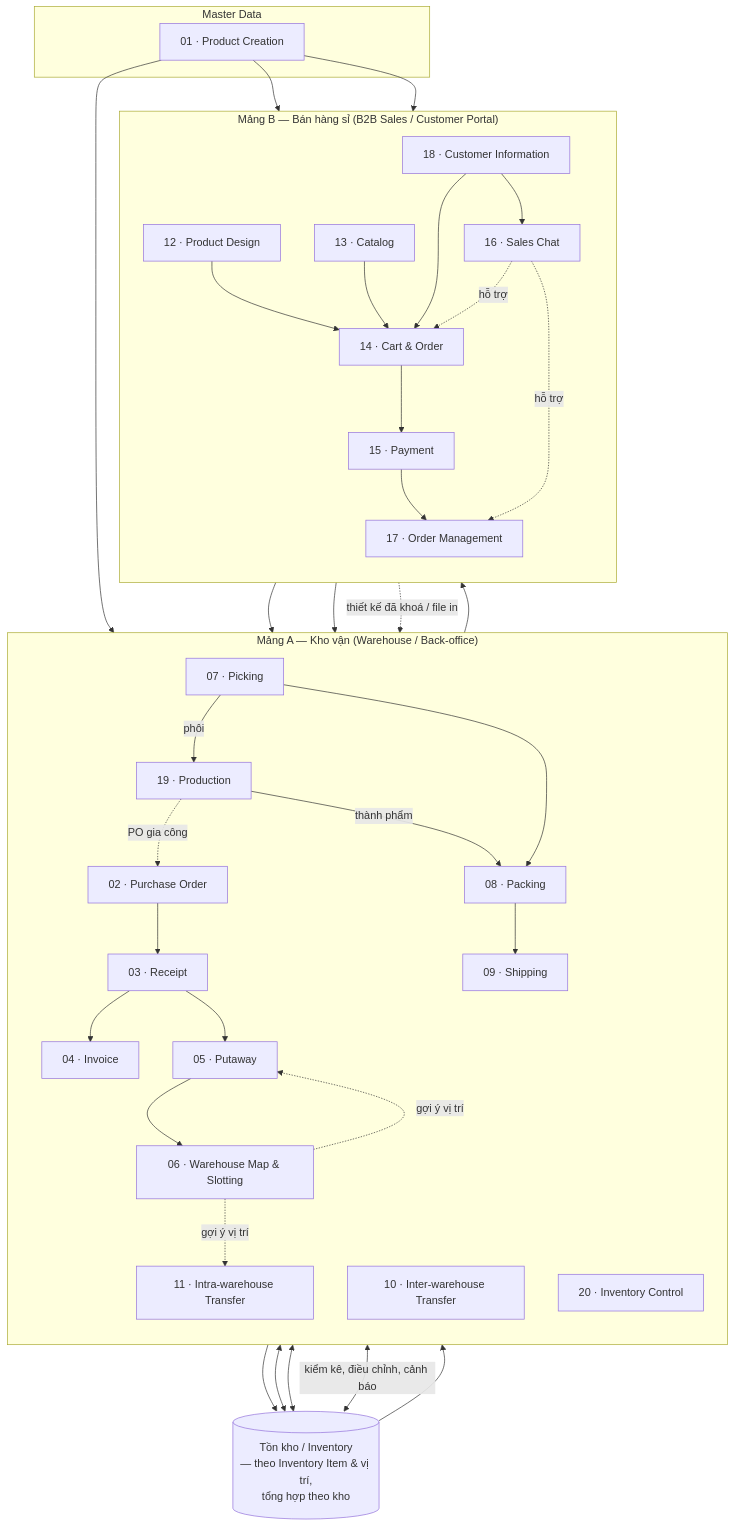
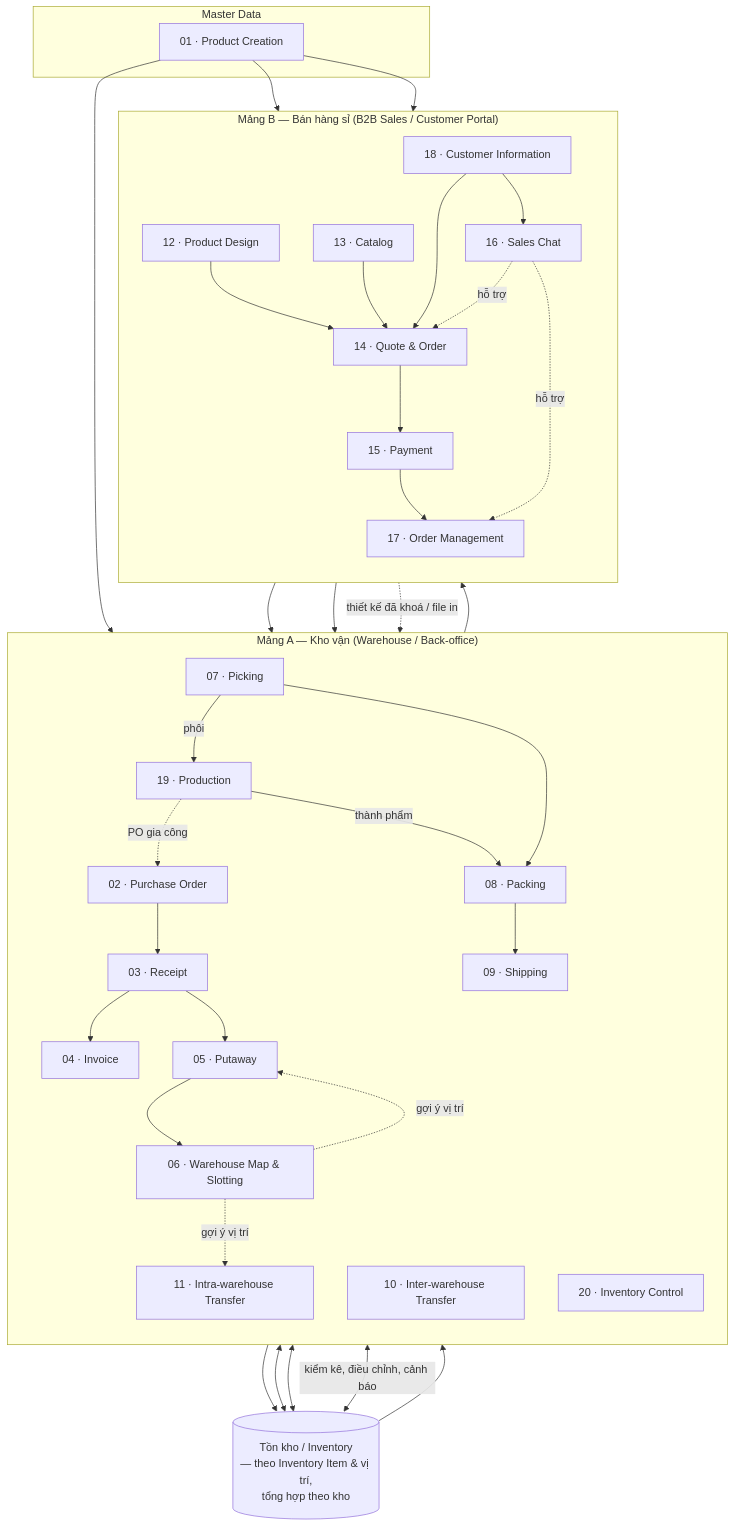
One commit to KLTN-FA26/docs changed the first of 2 diagrams in docs/00-system-overview/README.md. Above: the diagram before and after it, drawn with Mermaid. The commit also changed other lines of this file and 8 other files, not shown here.

````diff
--- a/docs/00-system-overview/README.md
+++ b/docs/00-system-overview/README.md
@@ -90,70 +91,70 @@
 ```mermaid
 flowchart TB
     subgraph MASTER["Master Data"]
         PC[01 · Product Creation]
     end
 
     subgraph WH["Mảng A — Kho vận (Warehouse / Back-office)"]
         direction TB
         PO[02 · Purchase Order]
         RC[03 · Receipt]
         INV[04 · Invoice]
         PA[05 · Putaway]
         MAP[06 · Warehouse Map & Slotting]
         PICK[07 · Picking]
         PACK[08 · Packing]
         SHIP[09 · Shipping]
         INTER[10 · Inter-warehouse Transfer]
         INTRA[11 · Intra-warehouse Transfer]
         PROD[19 · Production]
         CTRL[20 · Inventory Control]
     end
 
     subgraph EC["Mảng B — Bán hàng sỉ (B2B Sales / Customer Portal)"]
         direction TB
         DSN[12 · Product Design]
         CAT[13 · Catalog]
-        CO[14 · Cart & Order]
+        CO[14 · Quote & Order]
         PAY[15 · Payment]
         CHAT[16 · Sales Chat]
         OM[17 · Order Management]
         CIM[18 · Customer Information]
     end
 
     INVENTORY[(Tồn kho / Inventory\n— theo Inventory Item & vị trí,\ntổng hợp theo kho)]
 
     PC --> PO
     PC --> CAT
     PC --> DSN
     PO --> RC
     RC --> INV
     RC --> PA
     PA --> MAP
     MAP -. gợi ý vị trí .-> PA
     PA --> INVENTORY
 
     CAT --> CO
     DSN --> CO
     CO --> PAY
     PAY --> OM
     CHAT -. hỗ trợ .-> CO
     CHAT -. hỗ trợ .-> OM
     CIM --> CO
     CIM --> CHAT
 
     OM --> PICK
     OM --> PROD
     DSN -. thiết kế đã khoá / file in .-> PROD
     PICK -- phôi --> PROD
     PROD -- thành phẩm --> PACK
     PROD -. PO gia công .-> PO
     INVENTORY --> PICK
     PICK --> PACK
     PACK --> SHIP
     SHIP --> OM
 
     INTER <--> INVENTORY
     INTRA <--> INVENTORY
     CTRL <-->|kiểm kê, điều chỉnh, cảnh báo| INVENTORY
     MAP -. gợi ý vị trí .-> INTRA
 ```
````
